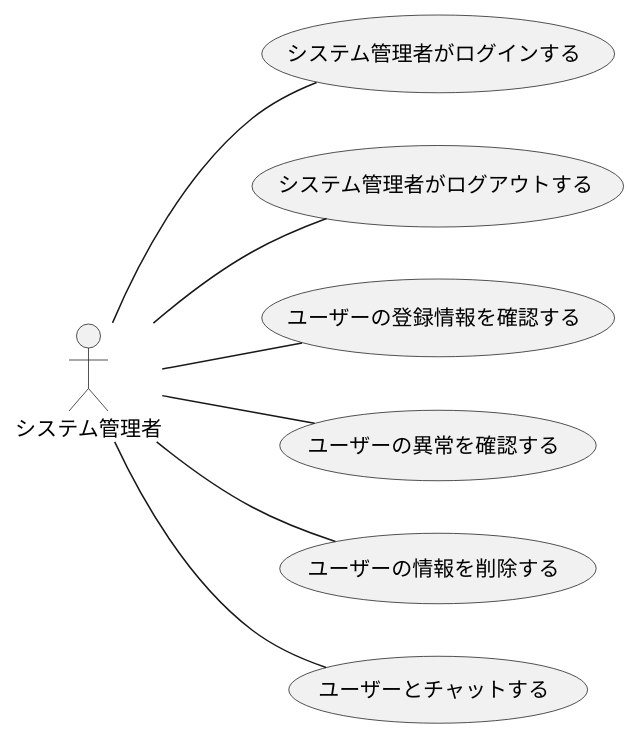
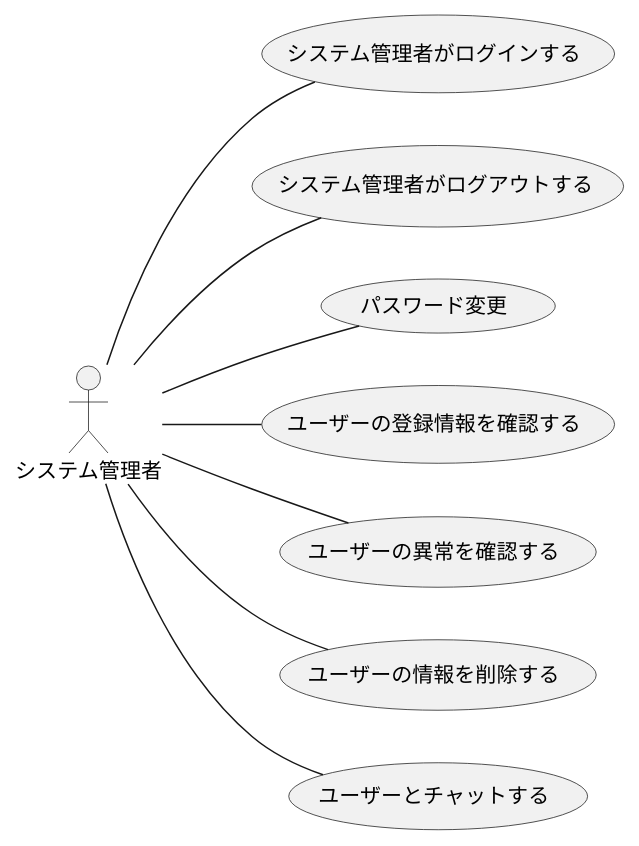
The diagram in F_usecase_admin.plantuml (ksw2270227/GroupF), drawn with PlantUML before and after one commit. The commit also changed 5 other files, not shown here.

```diff
--- a/F_usecase_admin.plantuml
+++ b/F_usecase_admin.plantuml
@@ -1,14 +1,16 @@
 @startuml システム管理者_usecase
 left to right direction
 actor システム管理者
 
 システム管理者 -- (システム管理者がログインする)
 システム管理者 -- (システム管理者がログアウトする)
+システム管理者 -- (パスワード変更)
 システム管理者 -- (ユーザーの登録情報を確認する)
 システム管理者 -- (ユーザーの異常を確認する)
 システム管理者 -- (ユーザーの情報を削除する)
 システム管理者 -- (ユーザーとチャットする)
 
 
 
+
 @enduml
```
